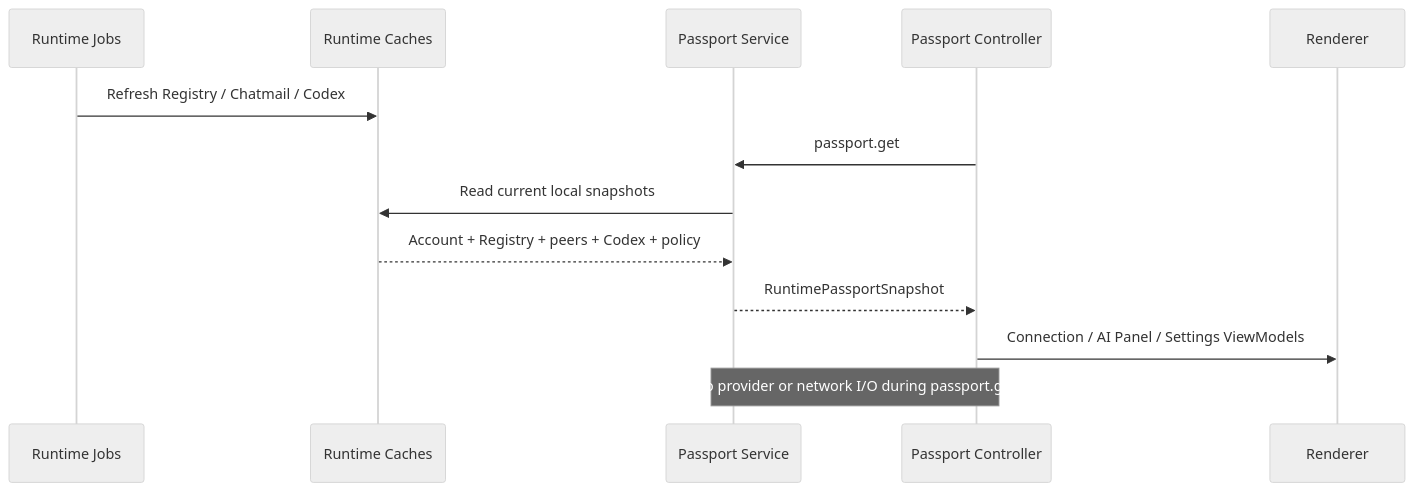
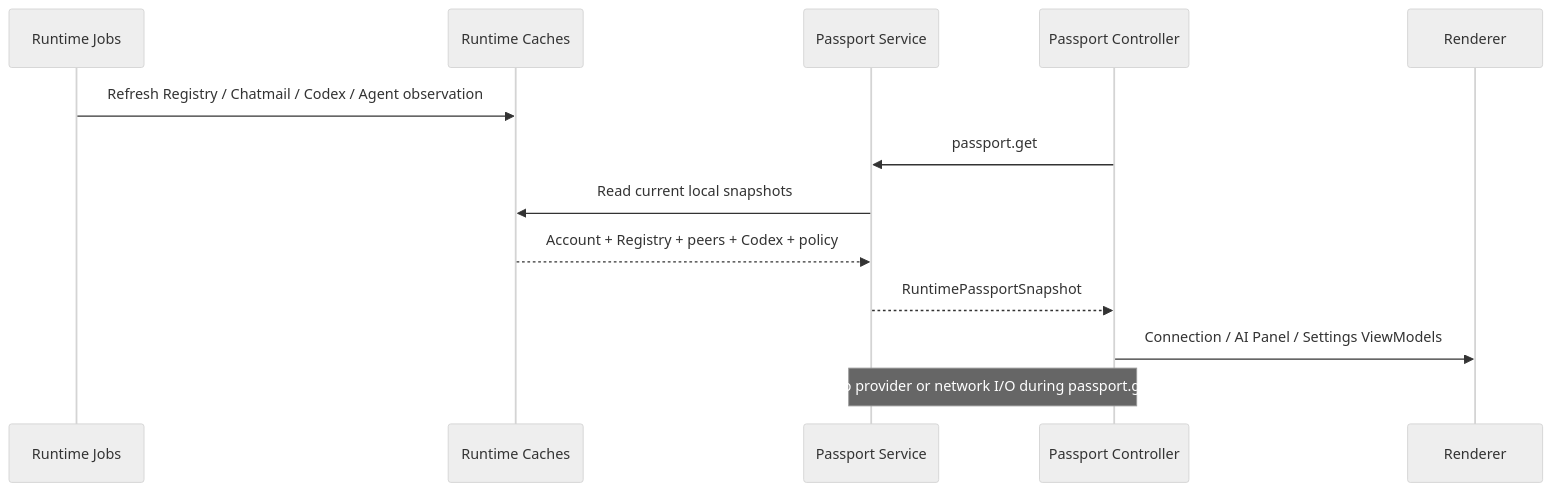
Before and after one commit to midimily/teti-bot: the second of 3 diagrams in docs/TETI_BETA_MVP_1_0_PASSPORT_DOMAIN_INTEGRATION.md, drawn with Mermaid (neutral theme). The commit also changed other lines of this file and 133 other files, not shown here.

````diff
--- a/docs/TETI_BETA_MVP_1_0_PASSPORT_DOMAIN_INTEGRATION.md
+++ b/docs/TETI_BETA_MVP_1_0_PASSPORT_DOMAIN_INTEGRATION.md
@@ -41,16 +43,16 @@
 ```mermaid
 sequenceDiagram
   participant Jobs as Runtime Jobs
   participant Cache as Runtime Caches
   participant Passport as Passport Service
   participant Desktop as Passport Controller
   participant UI as Renderer
 
-  Jobs->>Cache: Refresh Registry / Chatmail / Codex
+  Jobs->>Cache: Refresh Registry / Chatmail / Codex / Agent observation
   Desktop->>Passport: passport.get
   Passport->>Cache: Read current local snapshots
   Cache-->>Passport: Account + Registry + peers + Codex + policy
   Passport-->>Desktop: RuntimePassportSnapshot
   Desktop->>UI: Connection / AI Panel / Settings ViewModels
   Note over Desktop,Passport: No provider or network I/O during passport.get
 ```
````
